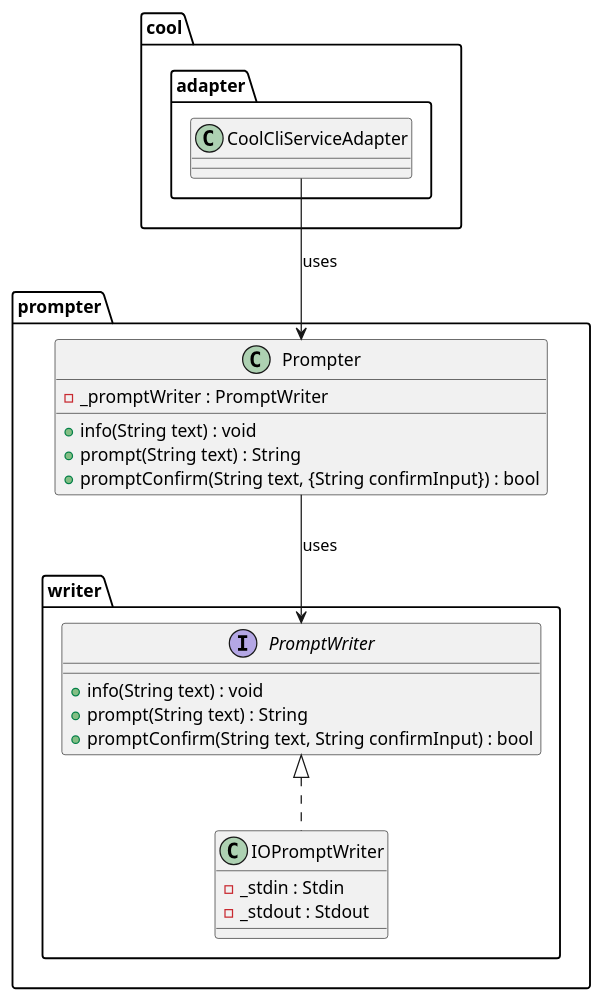
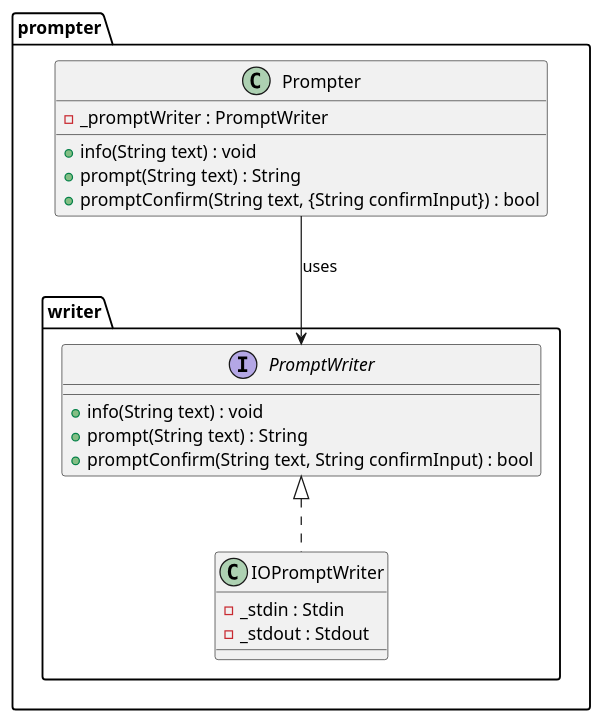
The diagram in metrics/cli/docs/diagrams/prompter_class_diagram.puml (Flank/flank-dashboard), drawn with PlantUML before and after one commit. The commit also changed 3 other files, not shown here.

```diff
--- a/metrics/cli/docs/diagrams/prompter_class_diagram.puml
+++ b/metrics/cli/docs/diagrams/prompter_class_diagram.puml
@@ -1,33 +1,27 @@
 @startuml prompter_class_diagram
 
 package prompter {
     package writer {
         interface PromptWriter {
             + info(String text) : void
             + prompt(String text) : String
             + promptConfirm(String text, String confirmInput) : bool
         }
 
         class IOPromptWriter implements PromptWriter {
             - _stdin : Stdin
             - _stdout : Stdout
         }
     }
 
     class Prompter {
         - _promptWriter : PromptWriter
         + info(String text) : void
         + prompt(String text) : String
         + promptConfirm(String text, {String confirmInput}) : bool
     }
 }
 
-package cool.adapter {
-    class CoolCliServiceAdapter {}
-}
-
 Prompter --> PromptWriter : uses
 
-CoolCliServiceAdapter --> Prompter : uses
-
 @enduml
```
